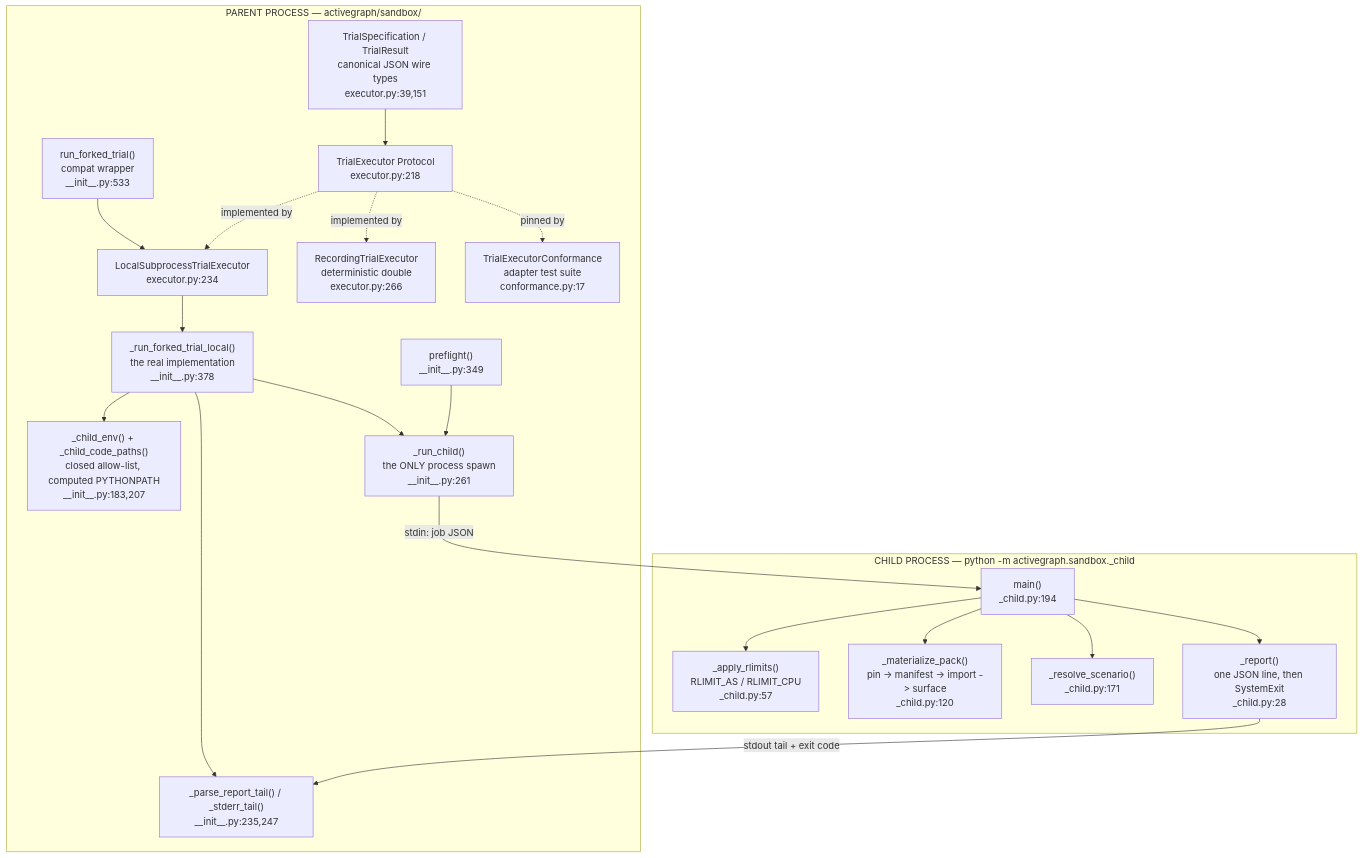
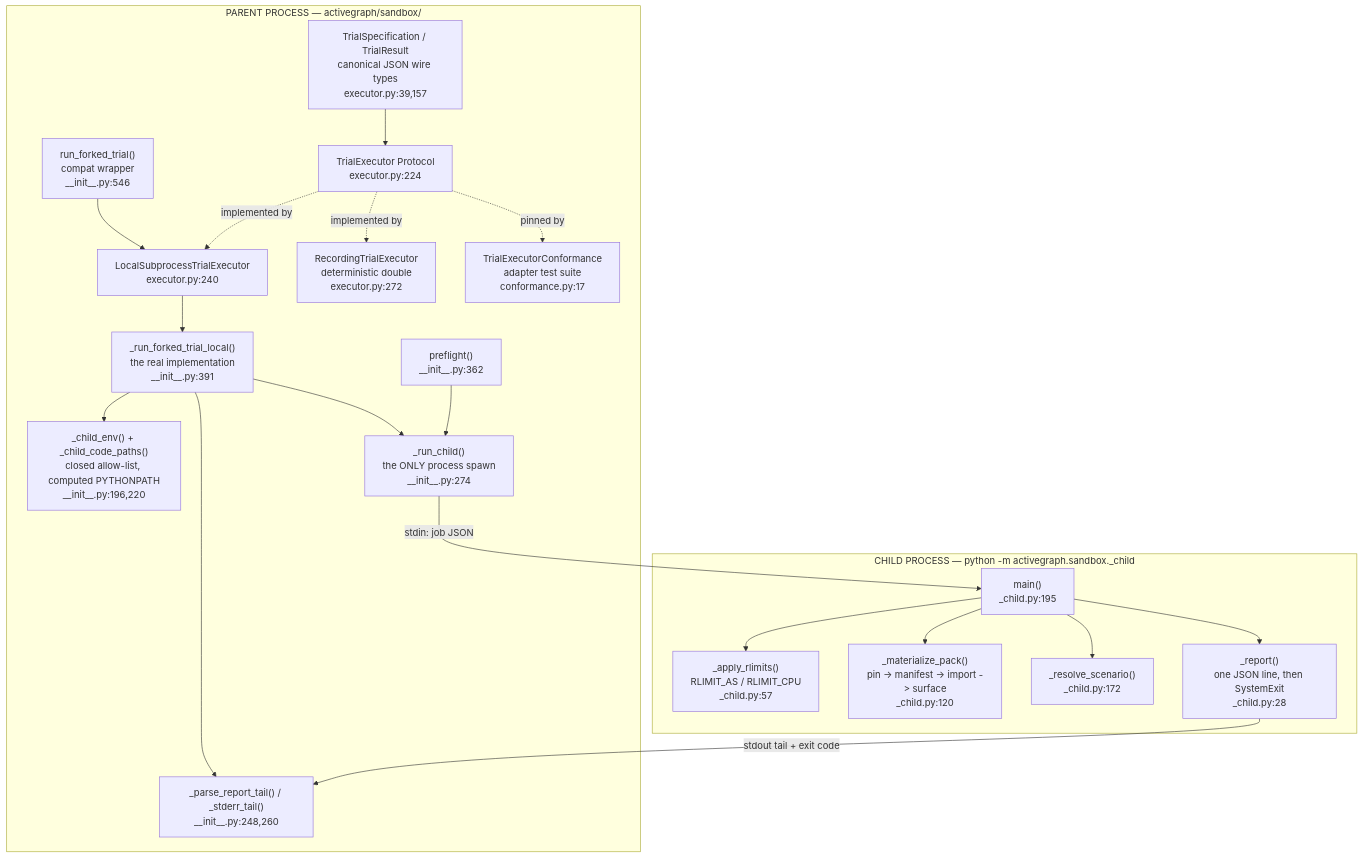
The first of 2 diagrams in specs/06-sandbox.md (tha-hammer/silmari-activegraph), drawn with Mermaid before and after one commit. The commit also changed other lines of this file, not shown here.

````diff
--- a/specs/06-sandbox.md
+++ b/specs/06-sandbox.md
@@ -26,41 +26,41 @@
 ```mermaid
 graph TD
     subgraph parent["PARENT PROCESS — activegraph/sandbox/"]
-        RFT["run_forked_trial()<br/>compat wrapper<br/>__init__.py:533"]
-        LOCAL["_run_forked_trial_local()<br/>the real implementation<br/>__init__.py:378"]
-        PRE["preflight()<br/>__init__.py:349"]
-        ENV["_child_env() + _child_code_paths()<br/>closed allow-list, computed PYTHONPATH<br/>__init__.py:183,207"]
-        SPAWN["_run_child()<br/>the ONLY process spawn<br/>__init__.py:261"]
-        PARSE["_parse_report_tail() / _stderr_tail()<br/>__init__.py:235,247"]
-        EXEC["TrialExecutor Protocol<br/>executor.py:218"]
-        LSTE["LocalSubprocessTrialExecutor<br/>executor.py:234"]
-        REC["RecordingTrialExecutor<br/>deterministic double<br/>executor.py:266"]
-        SPEC["TrialSpecification / TrialResult<br/>canonical JSON wire types<br/>executor.py:39,151"]
+        RFT["run_forked_trial()<br/>compat wrapper<br/>__init__.py:546"]
+        LOCAL["_run_forked_trial_local()<br/>the real implementation<br/>__init__.py:391"]
+        PRE["preflight()<br/>__init__.py:362"]
+        ENV["_child_env() + _child_code_paths()<br/>closed allow-list, computed PYTHONPATH<br/>__init__.py:196,220"]
+        SPAWN["_run_child()<br/>the ONLY process spawn<br/>__init__.py:274"]
+        PARSE["_parse_report_tail() / _stderr_tail()<br/>__init__.py:248,260"]
+        EXEC["TrialExecutor Protocol<br/>executor.py:224"]
+        LSTE["LocalSubprocessTrialExecutor<br/>executor.py:240"]
+        REC["RecordingTrialExecutor<br/>deterministic double<br/>executor.py:272"]
+        SPEC["TrialSpecification / TrialResult<br/>canonical JSON wire types<br/>executor.py:39,157"]
         CONF["TrialExecutorConformance<br/>adapter test suite<br/>conformance.py:17"]
     end
 
     subgraph child["CHILD PROCESS — python -m activegraph.sandbox._child"]
-        MAIN["main()<br/>_child.py:194"]
+        MAIN["main()<br/>_child.py:195"]
         RL["_apply_rlimits()<br/>RLIMIT_AS / RLIMIT_CPU<br/>_child.py:57"]
         MAT["_materialize_pack()<br/>pin -> manifest -> import -> surface<br/>_child.py:120"]
-        SCEN["_resolve_scenario()<br/>_child.py:171"]
+        SCEN["_resolve_scenario()<br/>_child.py:172"]
         REP["_report()<br/>one JSON line, then SystemExit<br/>_child.py:28"]
     end
 
     RFT --> LSTE
     LSTE --> LOCAL
     EXEC -.implemented by.-> LSTE
     EXEC -.implemented by.-> REC
     EXEC -.pinned by.-> CONF
     SPEC --> EXEC
     LOCAL --> ENV
     LOCAL --> SPAWN
     LOCAL --> PARSE
     PRE --> SPAWN
     SPAWN -->|"stdin: job JSON"| MAIN
     MAIN --> RL
     MAIN --> MAT
     MAIN --> SCEN
     MAIN --> REP
     REP -->|"stdout tail + exit code"| PARSE
 ```
````
